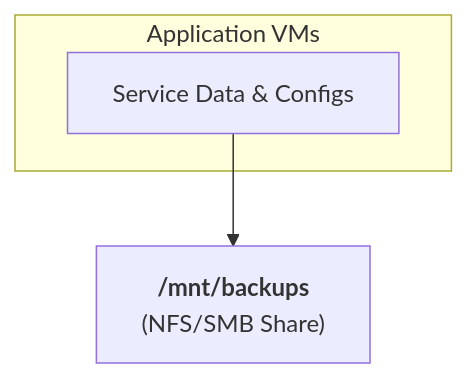
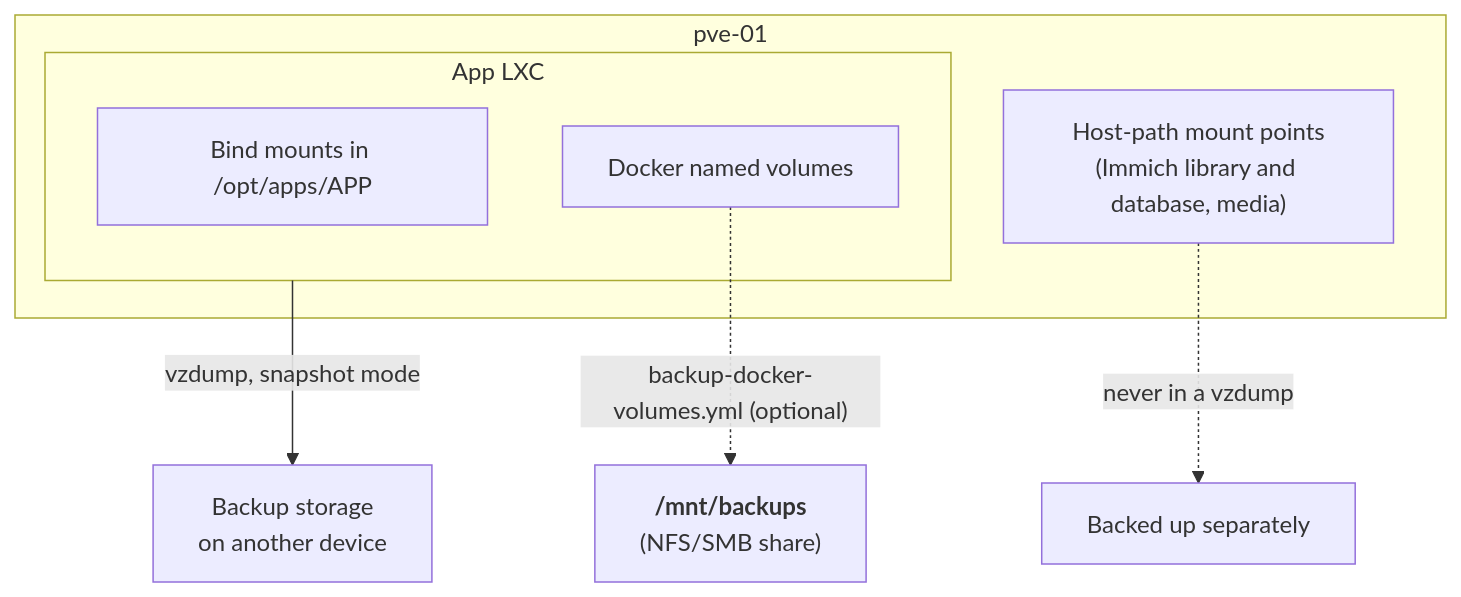
Before and after one commit to gatanasi/server-hub: the diagram in docs/BACKUP_STRATEGY.md, drawn with Mermaid. The commit also changed other lines of this file and 1 other file, not shown here.

First line of the commit message:
docs(backup): Proxmox backups are the backup of record

````diff
--- a/docs/BACKUP_STRATEGY.md
+++ b/docs/BACKUP_STRATEGY.md
@@ -11,8 +22,14 @@
 ```mermaid
 flowchart TD
-    subgraph AppVMs [Application VMs]
-        data["Service Data & Configs"]
+    subgraph PVE [pve-01]
+        subgraph Guest [App LXC]
+            binds["Bind mounts in /opt/apps/APP"]
+            vols["Docker named volumes"]
+        end
+        hostmp["Host-path mount points<br/>(Immich library and database, media)"]
     end
 
-    data --> Backups["<b>/mnt/backups</b><br/>(NFS/SMB Share)"]
+    Guest -->|"vzdump, snapshot mode"| Store["Backup storage<br/>on another device"]
+    vols -.->|"backup-docker-volumes.yml (optional)"| Backups["<b>/mnt/backups</b><br/>(NFS/SMB share)"]
+    hostmp -.->|"never in a vzdump"| Separate["Backed up separately"]
 ```
````
